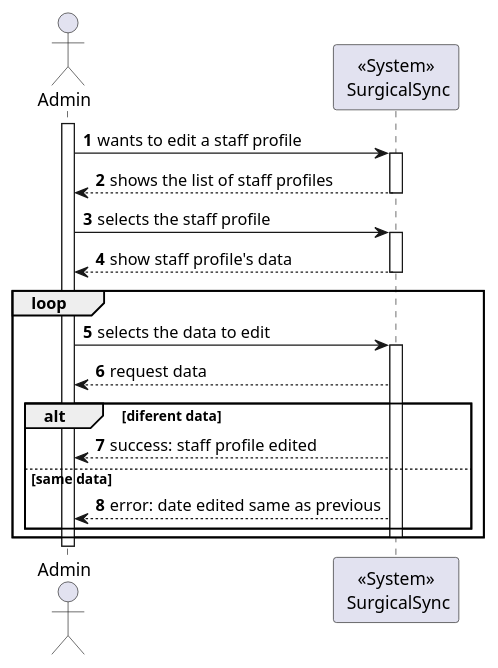
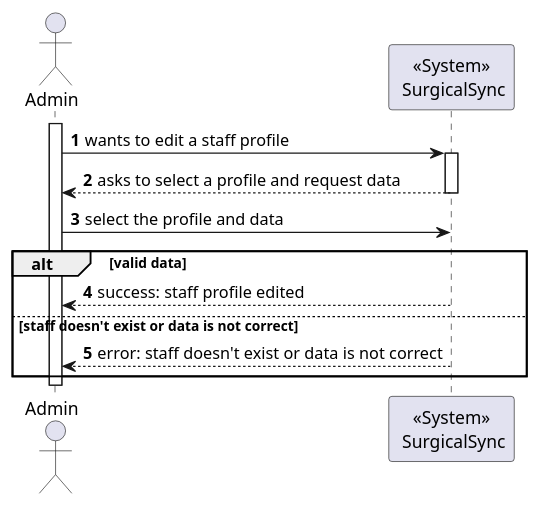
One commit to MiguelCardoso77/SurgicalSync-BackEnd changed the diagram in Wiki/SprintA/diagrams/use-cases/19-edit-staff's-profile/level1/process-view.puml. Above: the diagram before and after it, drawn with PlantUML. The commit also changed 9 other files, not shown here.

```diff
--- a/Wiki/SprintA/diagrams/use-cases/19-edit-staff's-profile/level1/process-view.puml
+++ b/Wiki/SprintA/diagrams/use-cases/19-edit-staff's-profile/level1/process-view.puml
@@ -1,36 +1,25 @@
 @startuml
 autonumber
 
 actor "Admin" as USER
 participant "<<System>>\n SurgicalSync" as SYSTEM
 
 activate USER
 
     USER -> SYSTEM: wants to edit a staff profile
     activate SYSTEM
 
-        SYSTEM --> USER : shows the list of staff profiles
-    deactivate SYSTEM
-        
-    USER -> SYSTEM : selects the staff profile
-    activate SYSTEM
-    
-    SYSTEM --> USER : show staff profile's data
+        SYSTEM --> USER : asks to select a profile and request data
     deactivate SYSTEM
     
-    loop 
-    USER-> SYSTEM : selects the data to edit
-    activate SYSTEM
-    
-    SYSTEM --> USER: request data
-    
-        alt diferent data
+    USER -> SYSTEM: select the profile and data
+        
+        alt valid data 
             USER <-- SYSTEM : success: staff profile edited
-        else same data
-            USER <-- SYSTEM : error: date edited same as previous
+        else staff doesn't exist or data is not correct
+            USER <-- SYSTEM : error: staff doesn't exist or data is not correct
         end
     deactivate SYSTEM
     
-    end 
 deactivate USER
 @enduml
```
